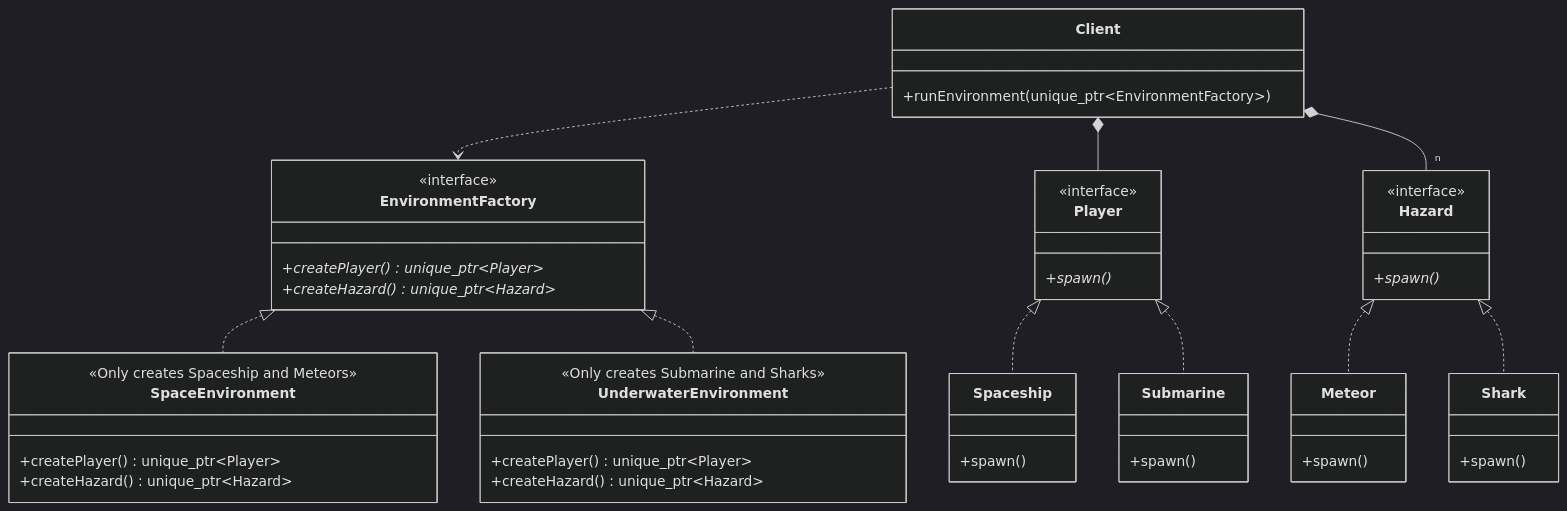
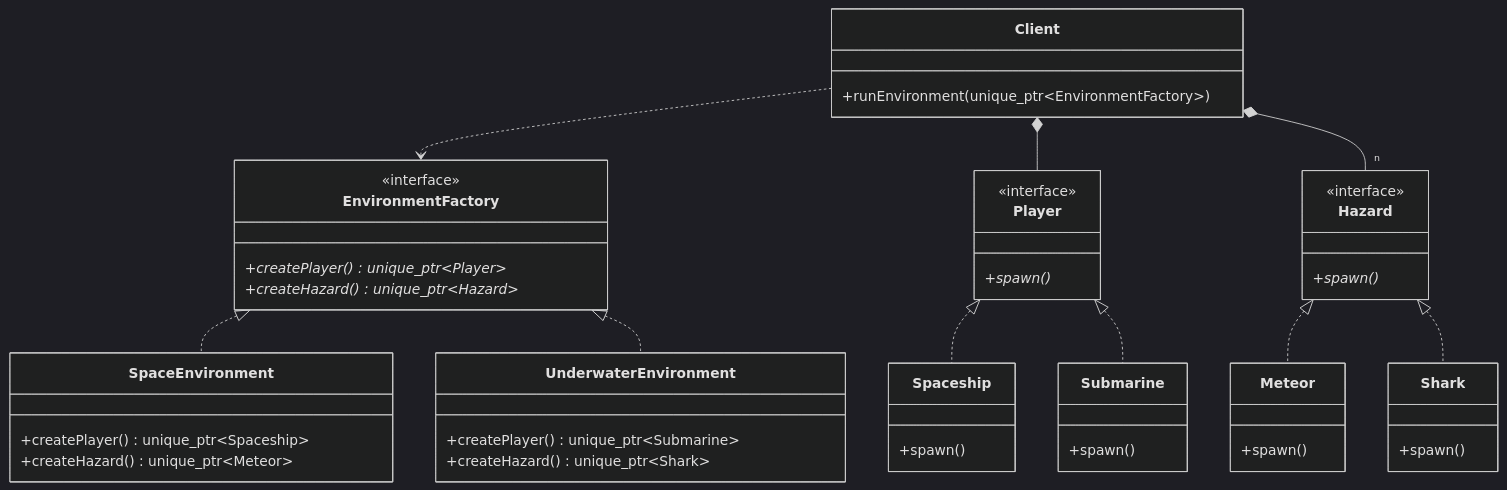
One commit to Cichlidfishexigency721/Modern-CPP-Design-Patterns changed the diagram in 03_AbstractFactoryMethod/README.md. Above: the diagram before and after it, drawn with Mermaid (dark theme). The commit also changed 1 other file, not shown here.

Commit message:
UML improvement

````diff
--- a/03_AbstractFactoryMethod/README.md
+++ b/03_AbstractFactoryMethod/README.md
@@ -46,52 +46,50 @@
 ```mermaid
 classDiagram
     class Player {
         <<interface>>
         +spawn()*
     }
     class Hazard {
         <<interface>>
         +spawn()*
     }
 
     class Spaceship { +spawn() }
     class Meteor { +spawn() }
     class Submarine { +spawn() }
     class Shark { +spawn() }
 
     class EnvironmentFactory {
         <<interface>>
         +createPlayer()* unique_ptr~Player~
         +createHazard()* unique_ptr~Hazard~
     }
 
     class SpaceEnvironment {
-        <<Only creates Spaceship and Meteors>>
-        +createPlayer() unique_ptr~Player~
-        +createHazard() unique_ptr~Hazard~
+        +createPlayer() unique_ptr~Spaceship~
+        +createHazard() unique_ptr~Meteor~
     }
 
     class UnderwaterEnvironment {
-        <<Only creates Submarine and Sharks>>
-        +createPlayer() unique_ptr~Player~
-        +createHazard() unique_ptr~Hazard~
+        +createPlayer() unique_ptr~Submarine~
+        +createHazard() unique_ptr~Shark~
     }
 
     class Client {
         +runEnvironment(unique_ptr~EnvironmentFactory~)
     }
 
     %% Inheritance Relationships
     Player <|.. Spaceship
     Player <|.. Submarine
     Hazard <|.. Meteor
     Hazard <|.. Shark
 
     EnvironmentFactory <|.. SpaceEnvironment
     EnvironmentFactory <|.. UnderwaterEnvironment
 
     %% Client interacting with abstractions
     Client ..> EnvironmentFactory
     Client *-- Player
     Client *-- "n" Hazard
 ```
````
